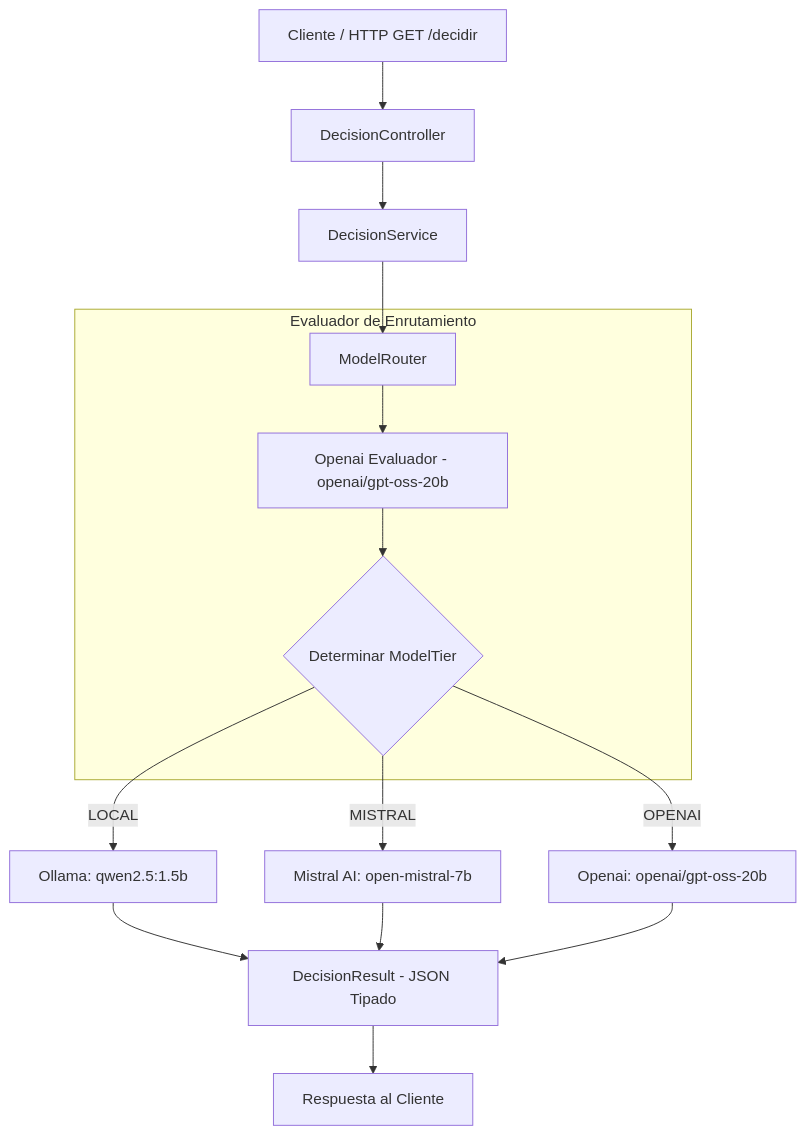
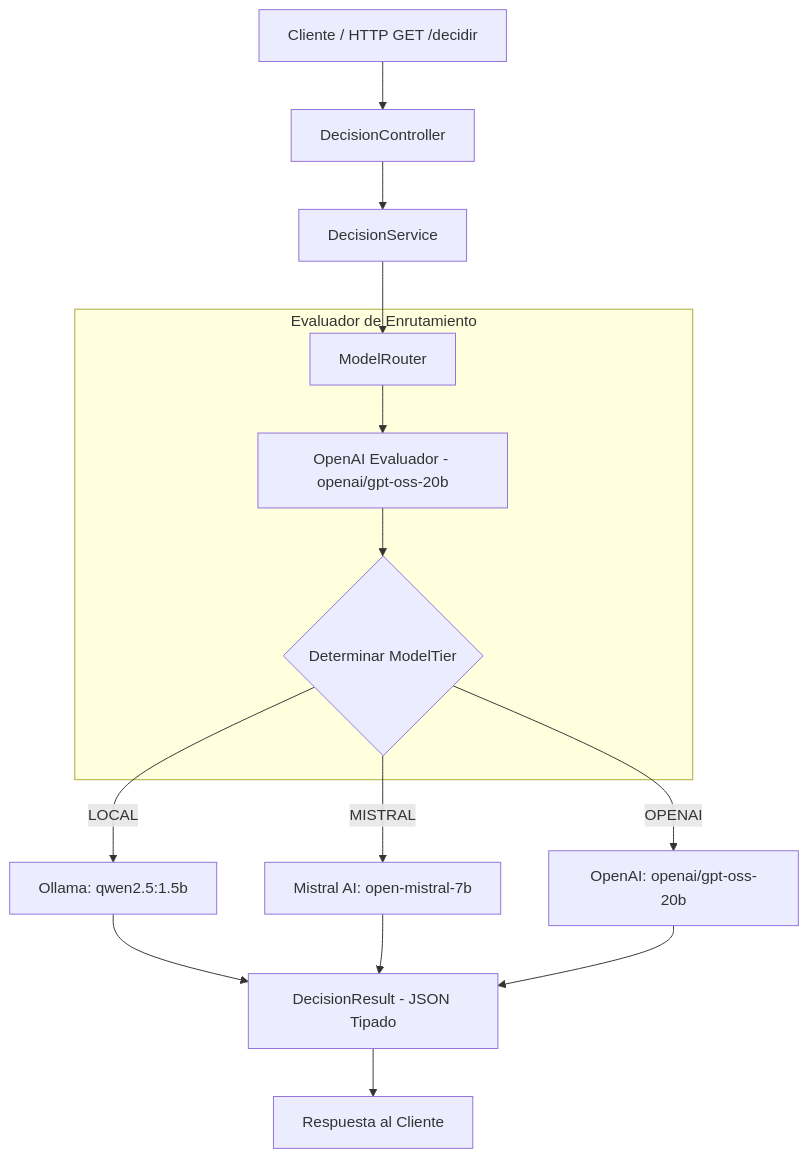
One commit to cris959/local_typesafe_evaluator changed the diagram in README.md. Above: the diagram before and after it, drawn with Mermaid.

Commit message:
feat(doc): correccion diagrama en el README.md.

`````diff
--- a/README.md
+++ b/README.md
@@ -139,21 +139,21 @@
-````mermaid
+```mermaid
 flowchart TD
-    A[Cliente / HTTP GET /decidir] --> B[DecisionController]
-    B --> C[DecisionService]
-    C --> D[ModelRouter]
+    A["Cliente / HTTP GET /decidir"] --> B["DecisionController"]
+    B --> C["DecisionService"]
+    C --> D["ModelRouter"]
 
-    subgraph Evaluador de Enrutamiento
-        D --> E[Openai Evaluador - openai/gpt-oss-20b]
-        E --> F{Determinar ModelTier}
+    subgraph S1["Evaluador de Enrutamiento"]
+        D --> E["OpenAI Evaluador - openai/gpt-oss-20b"]
+        E --> F{"Determinar ModelTier"}
     end
 
-    F -- LOCAL --> G[Ollama: qwen2.5:1.5b]
-    F -- MISTRAL --> H[Mistral AI: open-mistral-7b]
-    F -- OPENAI --> I[Openai: openai/gpt-oss-20b]
+    F -- "LOCAL" --> G["Ollama: qwen2.5:1.5b"]
+    F -- "MISTRAL" --> H["Mistral AI: open-mistral-7b"]
+    F -- "OPENAI" --> I["OpenAI: openai/gpt-oss-20b"]
 
-    G --> J[DecisionResult - JSON Tipado]
+    G --> J["DecisionResult - JSON Tipado"]
     H --> J
     I --> J
 
-    J --> K[Respuesta al Cliente]
-````
+    J --> K["Respuesta al Cliente"]
+```
`````
